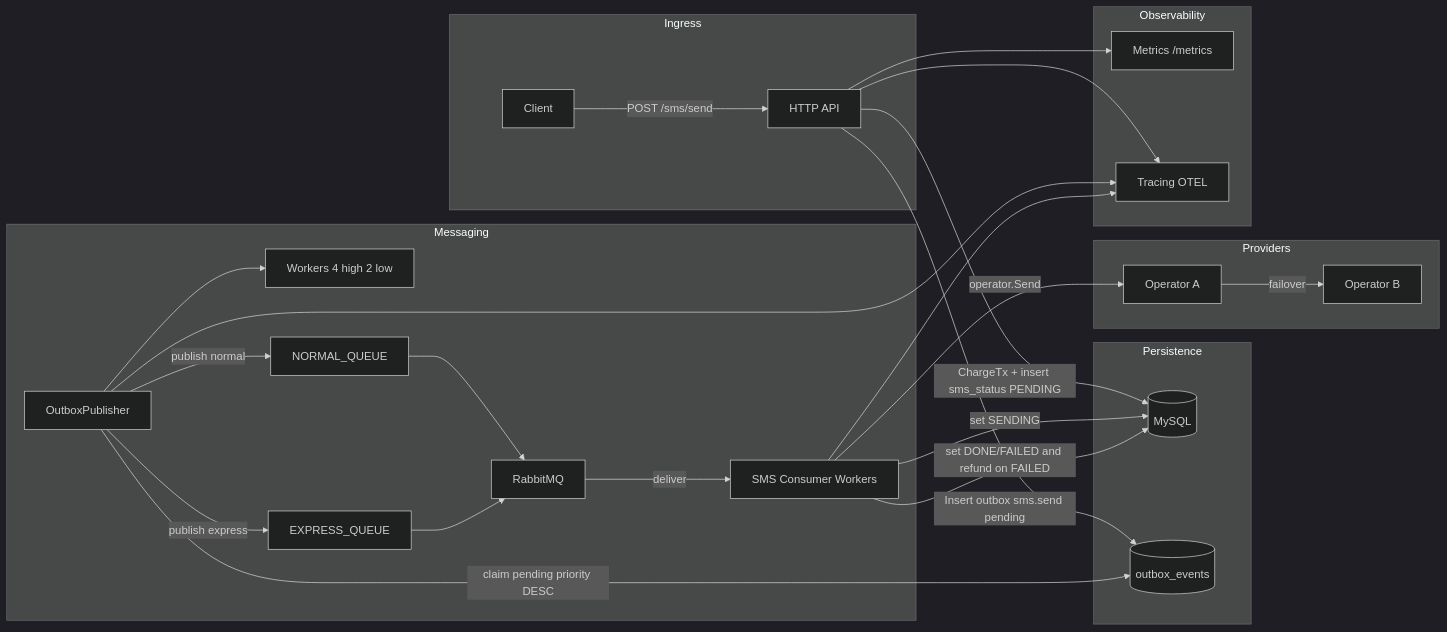
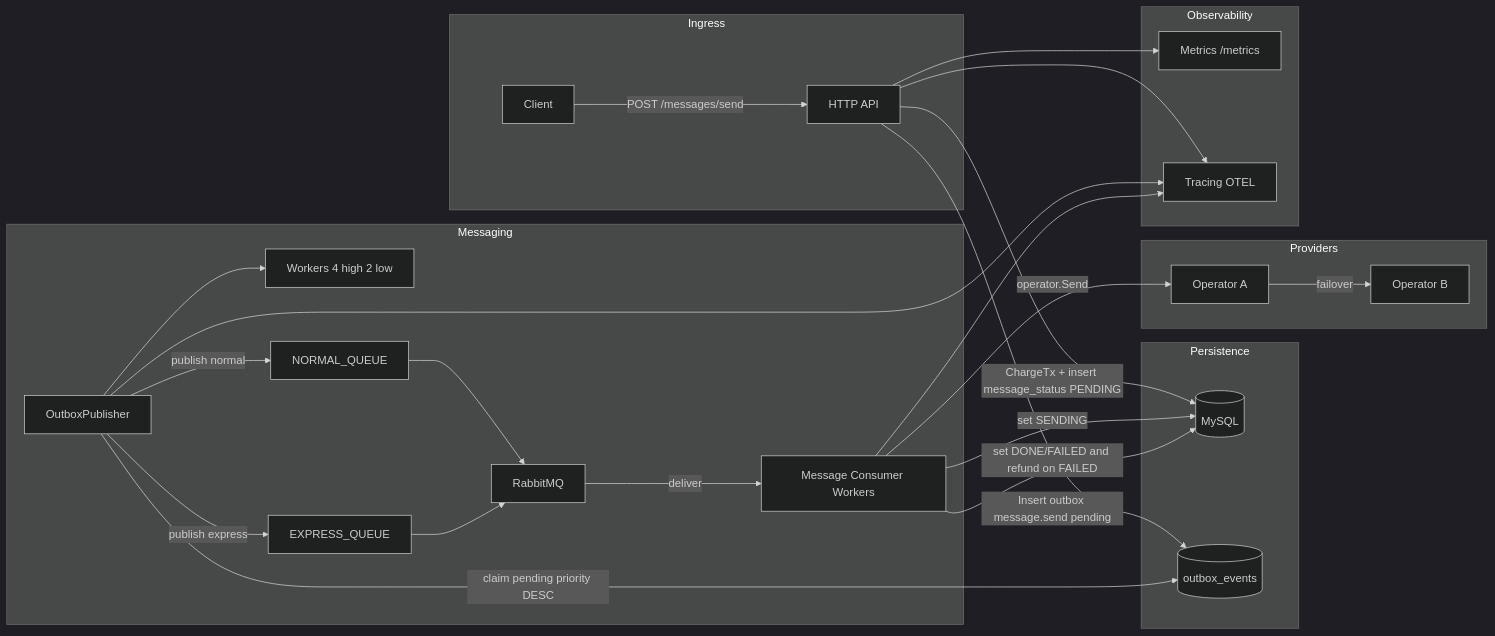
The third of 3 diagrams in README.md (arminazimi/distributed-messaging-platform), drawn with Mermaid (dark theme) before and after one commit. The commit also changed other lines of this file and 27 other files, not shown here.

Commit message:
Rename SMS flow to message platform

````diff
--- a/README.md
+++ b/README.md
@@ -318,53 +318,53 @@
 ```mermaid
 flowchart LR
   subgraph Ingress
     Client[Client]
     API[HTTP API]
   end
 
   subgraph Persistence
     DB[(MySQL)]
     OUTBOX[(outbox_events)]
   end
 
   subgraph Messaging
     PUB[OutboxPublisher]
     Pools[Workers 4 high 2 low]
     MQ[RabbitMQ]
     QN[NORMAL_QUEUE]
     QE[EXPRESS_QUEUE]
-    C[SMS Consumer Workers]
+    C[Message Consumer Workers]
   end
 
   subgraph Providers
     OpA[Operator A]
     OpB[Operator B]
   end
 
   subgraph Observability
     Metrics[Metrics /metrics]
     Traces[Tracing OTEL]
   end
 
-  Client -->|POST /sms/send| API
-  API -->|ChargeTx + insert sms_status PENDING| DB
-  API -->|Insert outbox sms.send pending| OUTBOX
+  Client -->|POST /messages/send| API
+  API -->|ChargeTx + insert message_status PENDING| DB
+  API -->|Insert outbox message.send pending| OUTBOX
 
   PUB -->|claim pending priority DESC| OUTBOX
   PUB --> Pools
   PUB -->|publish normal| QN
   PUB -->|publish express| QE
   QN --> MQ
   QE --> MQ
   MQ -->|deliver| C
 
   C -->|set SENDING| DB
   C -->|operator.Send| OpA
   OpA -->|failover| OpB
   C -->|set DONE/FAILED and refund on FAILED| DB
 
   API --> Metrics
   API --> Traces
   PUB --> Traces
   C --> Traces
 ```
````
